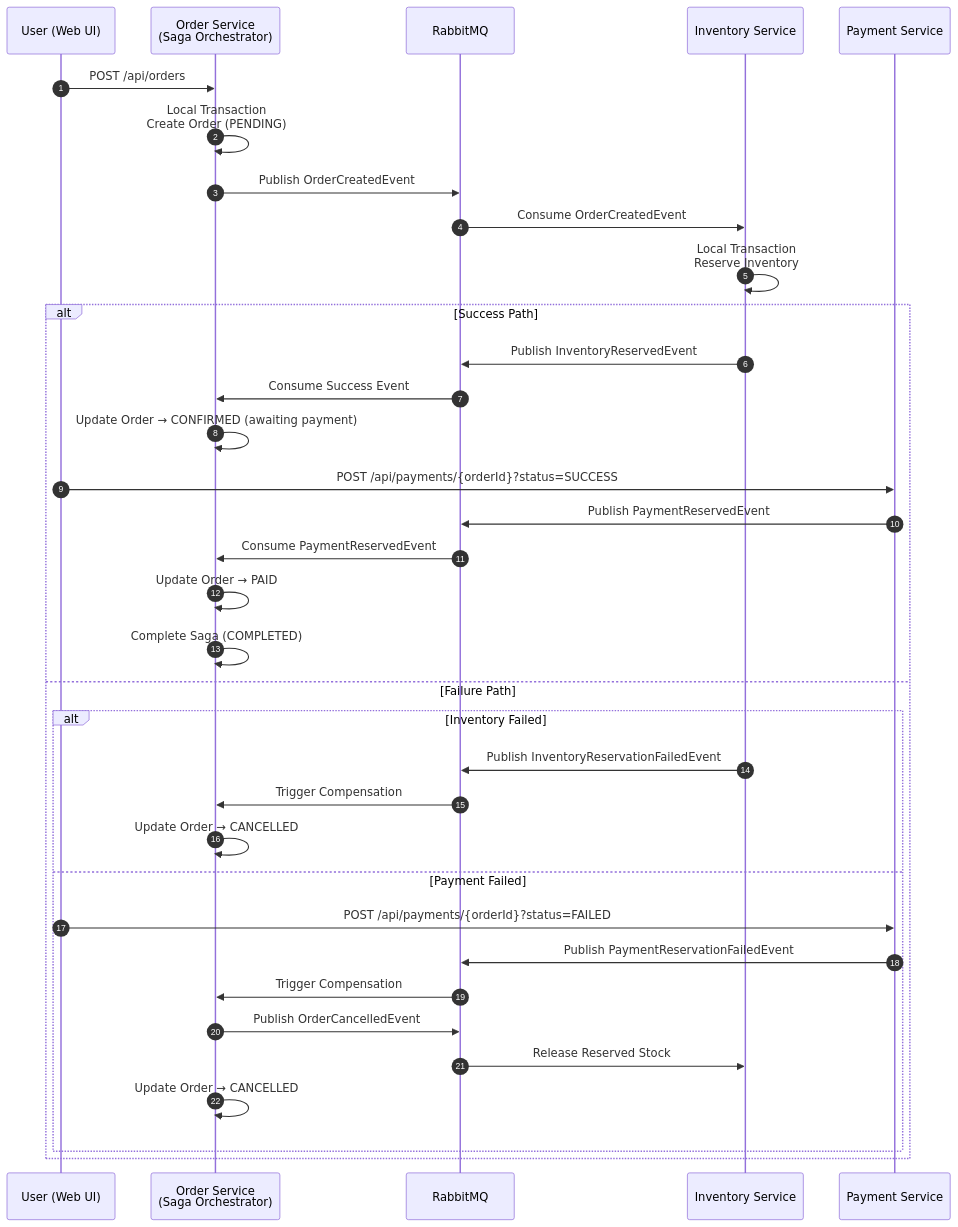
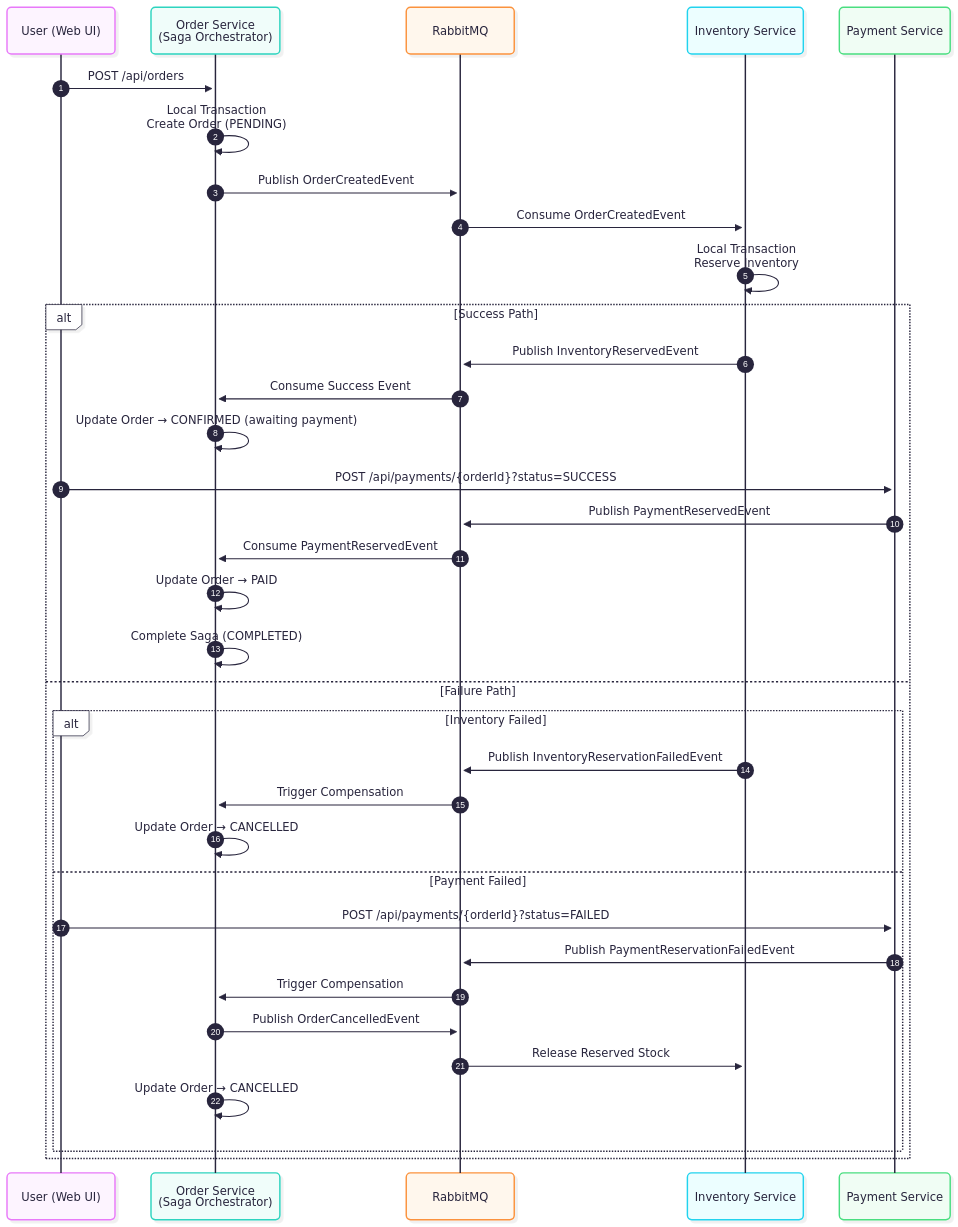
The second of 3 diagrams in README.md (jianglei919/SRS_Ecommerce_Saga), drawn with Mermaid before and after one commit. The commit also changed 2 other files, not shown here.

Commit message:
feat: upload svg images

````diff
--- a/README.md
+++ b/README.md
@@ -165,38 +165,43 @@
 ```mermaid
+---
+config:
+  theme: redux-color
+  look: neo
+---
 sequenceDiagram
     autonumber
     participant User as User (Web UI)
     participant OS as Order Service<br/>(Saga Orchestrator)
     participant RMQ as RabbitMQ
     participant IS as Inventory Service
     participant PS as Payment Service
 
     User->>OS: POST /api/orders
     OS->>OS: Local Transaction<br/>Create Order (PENDING)
     OS->>RMQ: Publish OrderCreatedEvent
     RMQ->>IS: Consume OrderCreatedEvent
     IS->>IS: Local Transaction<br/>Reserve Inventory
     alt Success Path
         IS->>RMQ: Publish InventoryReservedEvent
         RMQ->>OS: Consume Success Event
       OS->>OS: Update Order → CONFIRMED (awaiting payment)
       User->>PS: POST /api/payments/{orderId}?status=SUCCESS
       PS->>RMQ: Publish PaymentReservedEvent
       RMQ->>OS: Consume PaymentReservedEvent
       OS->>OS: Update Order → PAID
       OS->>OS: Complete Saga (COMPLETED)
     else Failure Path
       alt Inventory Failed
         IS->>RMQ: Publish InventoryReservationFailedEvent
         RMQ->>OS: Trigger Compensation
         OS->>OS: Update Order → CANCELLED
       else Payment Failed
         User->>PS: POST /api/payments/{orderId}?status=FAILED
         PS->>RMQ: Publish PaymentReservationFailedEvent
         RMQ->>OS: Trigger Compensation
         OS->>RMQ: Publish OrderCancelledEvent
         RMQ->>IS: Release Reserved Stock
         OS->>OS: Update Order → CANCELLED
       end
     end
 ```
````
